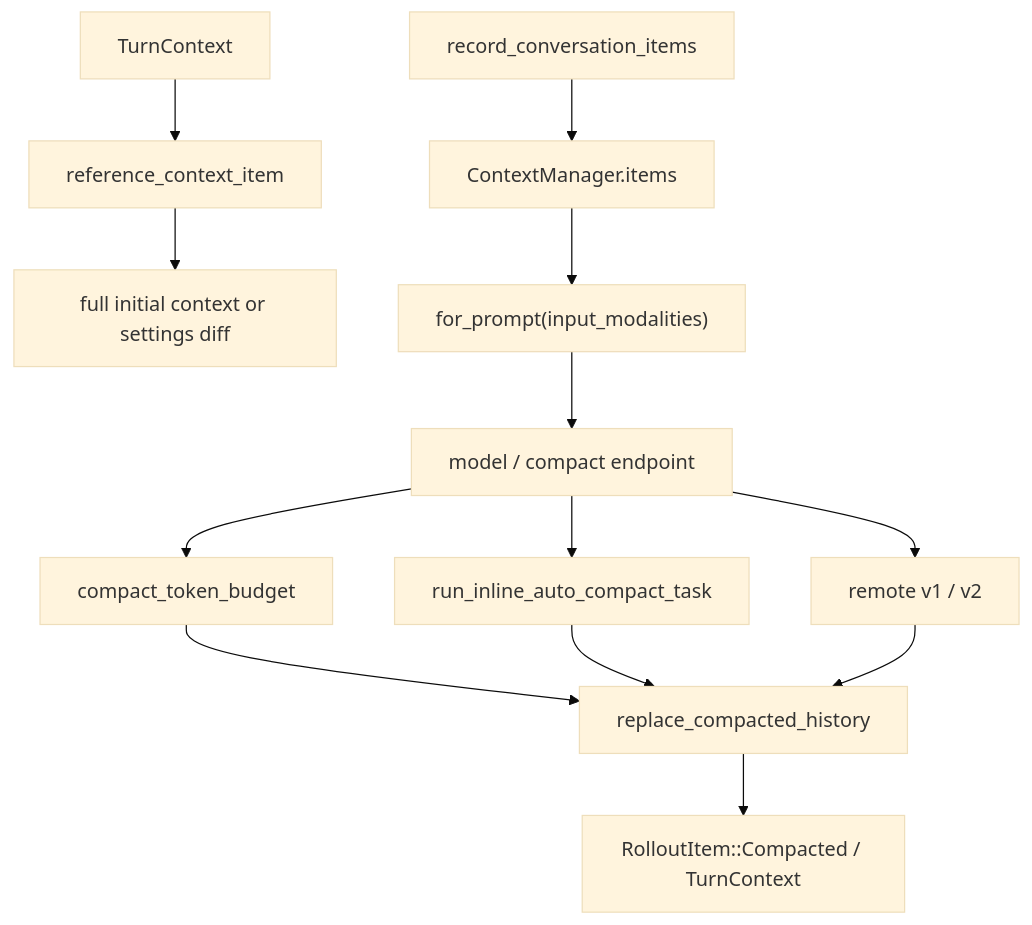
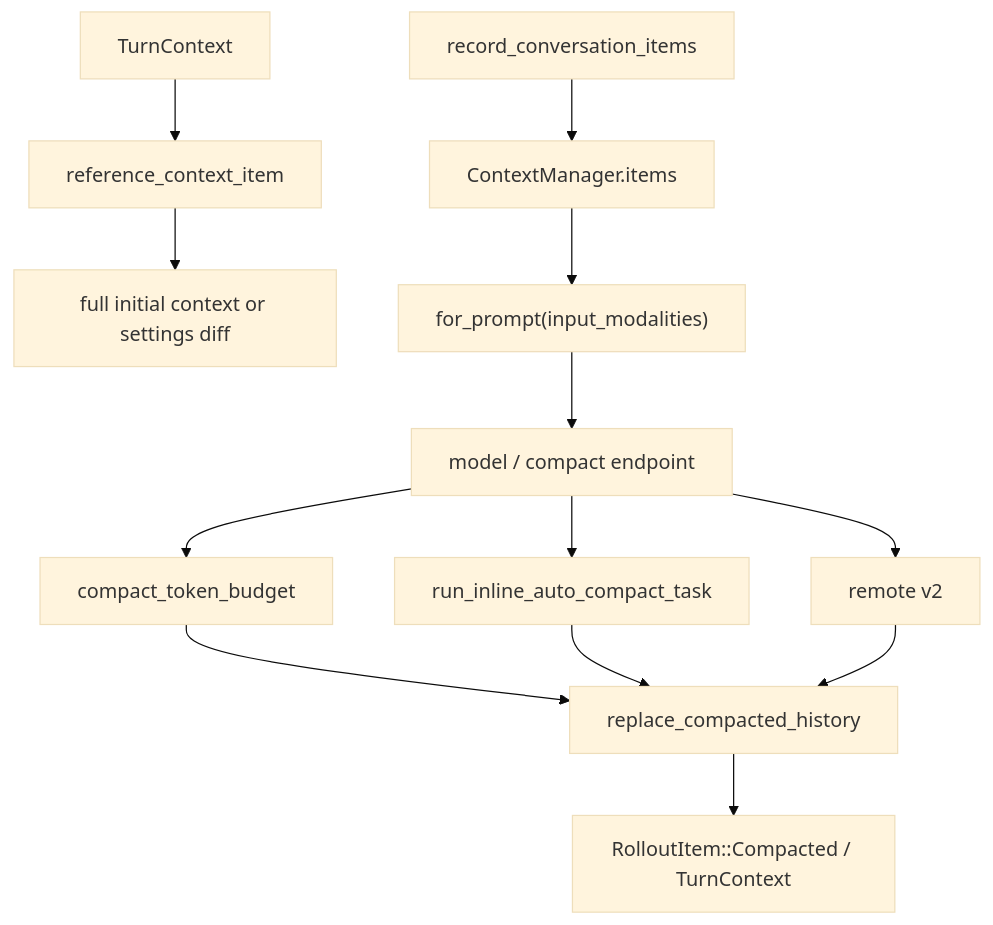
The diagram in docs/llm-wiki/codex/spine/context-and-compaction.md (wdnmdtonyma/SOTA-Agent-LLM-Wiki), drawn with Mermaid (base theme) before and after one commit. The commit also changed other lines of this file and 200 other files, not shown here.

````diff
--- a/docs/llm-wiki/codex/spine/context-and-compaction.md
+++ b/docs/llm-wiki/codex/spine/context-and-compaction.md
@@ -24,15 +24,15 @@
 ```mermaid
 flowchart TD
     ITEMS["record_conversation_items"] --> CM["ContextManager.items"]
     TURN["TurnContext"] --> BASE["reference_context_item"]
     BASE --> DIFF["full initial context or settings diff"]
     CM --> PROMPT["for_prompt(input_modalities)"]
     PROMPT --> MODEL["model / compact endpoint"]
     MODEL --> TB["compact_token_budget"]
     MODEL --> LOCAL["run_inline_auto_compact_task"]
-    MODEL --> REMOTE["remote v1 / v2"]
+    MODEL --> REMOTE["remote v2"]
     TB --> REPLACE["replace_compacted_history"]
     LOCAL --> REPLACE
     REMOTE --> REPLACE
     REPLACE --> ROLLOUT["RolloutItem::Compacted / TurnContext"]
 ```
````
